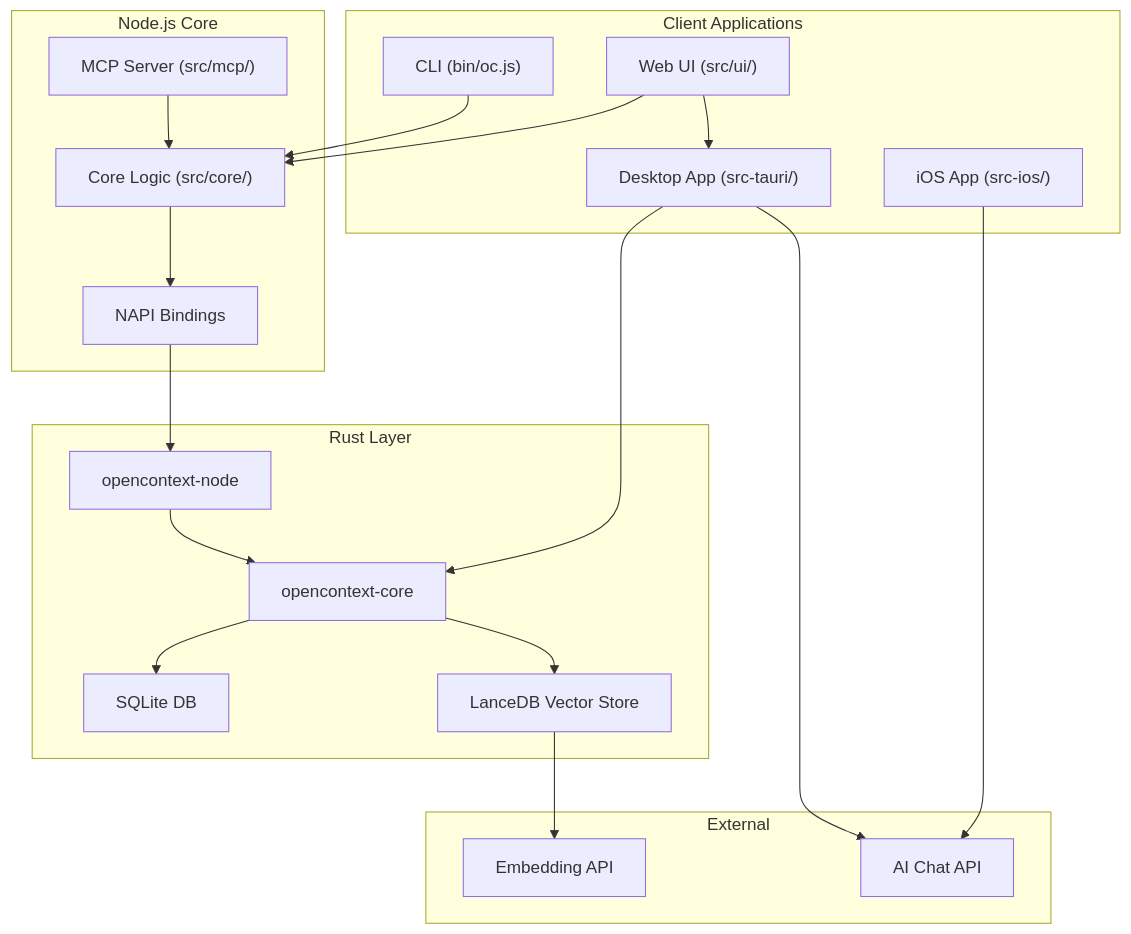
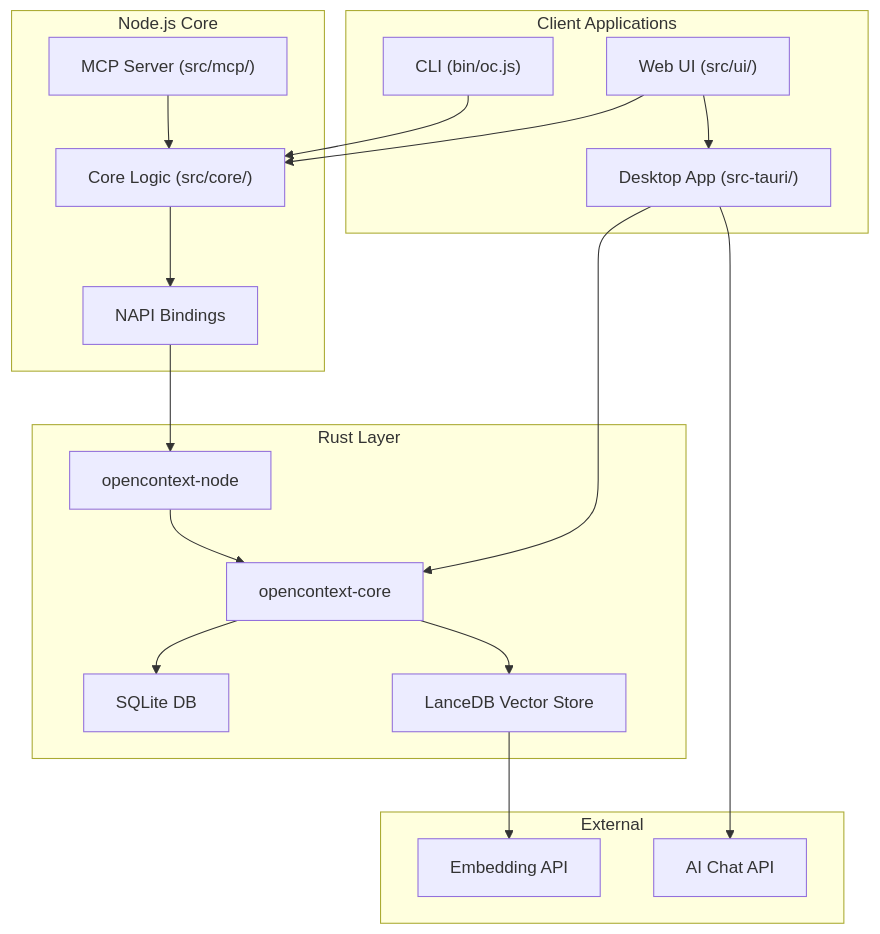
Before and after one commit to wormuz/OpenContext: the diagram in docs/CODEBASE_MAP.md, drawn with Mermaid. The commit also changed other lines of this file and 86 other files, not shown here.

````diff
--- a/docs/CODEBASE_MAP.md
+++ b/docs/CODEBASE_MAP.md
@@ -8,41 +8,39 @@
 ```mermaid
 graph TB
     subgraph "Client Applications"
         CLI["CLI (bin/oc.js)"]
         WEB["Web UI (src/ui/)"]
         TAURI["Desktop App (src-tauri/)"]
-        IOS["iOS App (src-ios/)"]
     end
 
     subgraph "Node.js Core"
         MCP["MCP Server (src/mcp/)"]
         CORE["Core Logic (src/core/)"]
         NAPI["NAPI Bindings"]
     end
 
     subgraph "Rust Layer"
         RUST_CORE["opencontext-core"]
         RUST_NODE["opencontext-node"]
         SQLITE["SQLite DB"]
         LANCE["LanceDB Vector Store"]
     end
 
     subgraph "External"
         EMBED["Embedding API"]
         AI["AI Chat API"]
     end
 
     CLI --> CORE
     WEB --> CORE
     WEB --> TAURI
     MCP --> CORE
     CORE --> NAPI
     NAPI --> RUST_NODE
     RUST_NODE --> RUST_CORE
     RUST_CORE --> SQLITE
     RUST_CORE --> LANCE
     LANCE --> EMBED
     TAURI --> RUST_CORE
     TAURI --> AI
-    IOS --> AI
 ```
````
